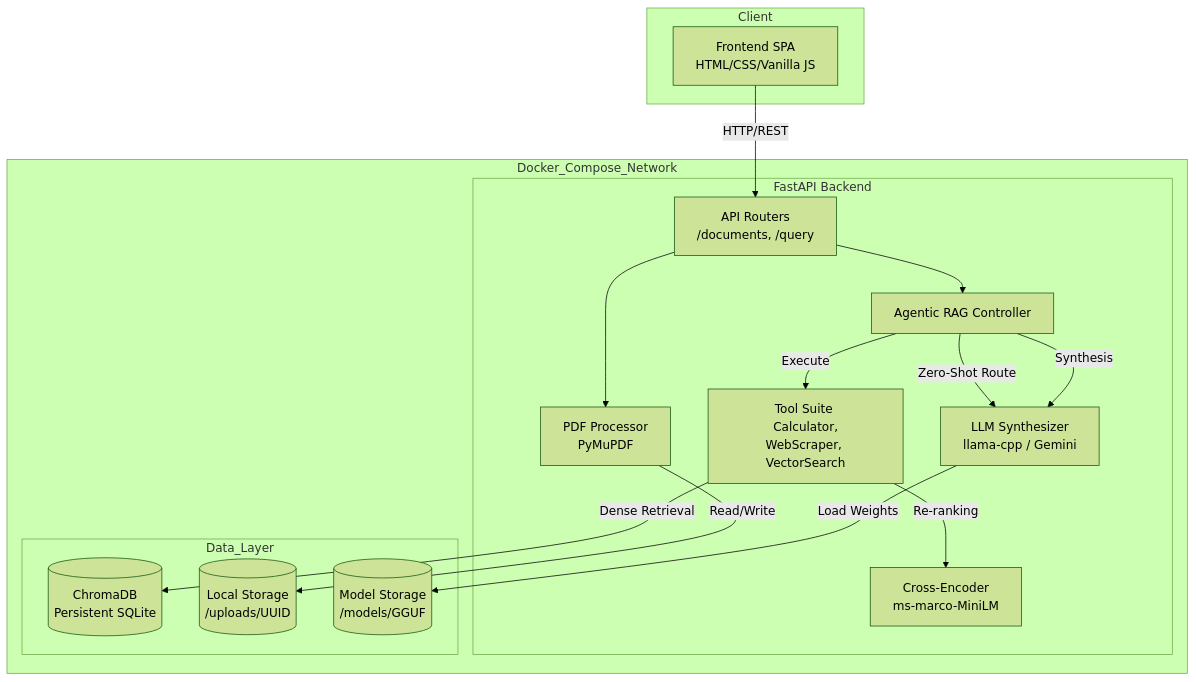
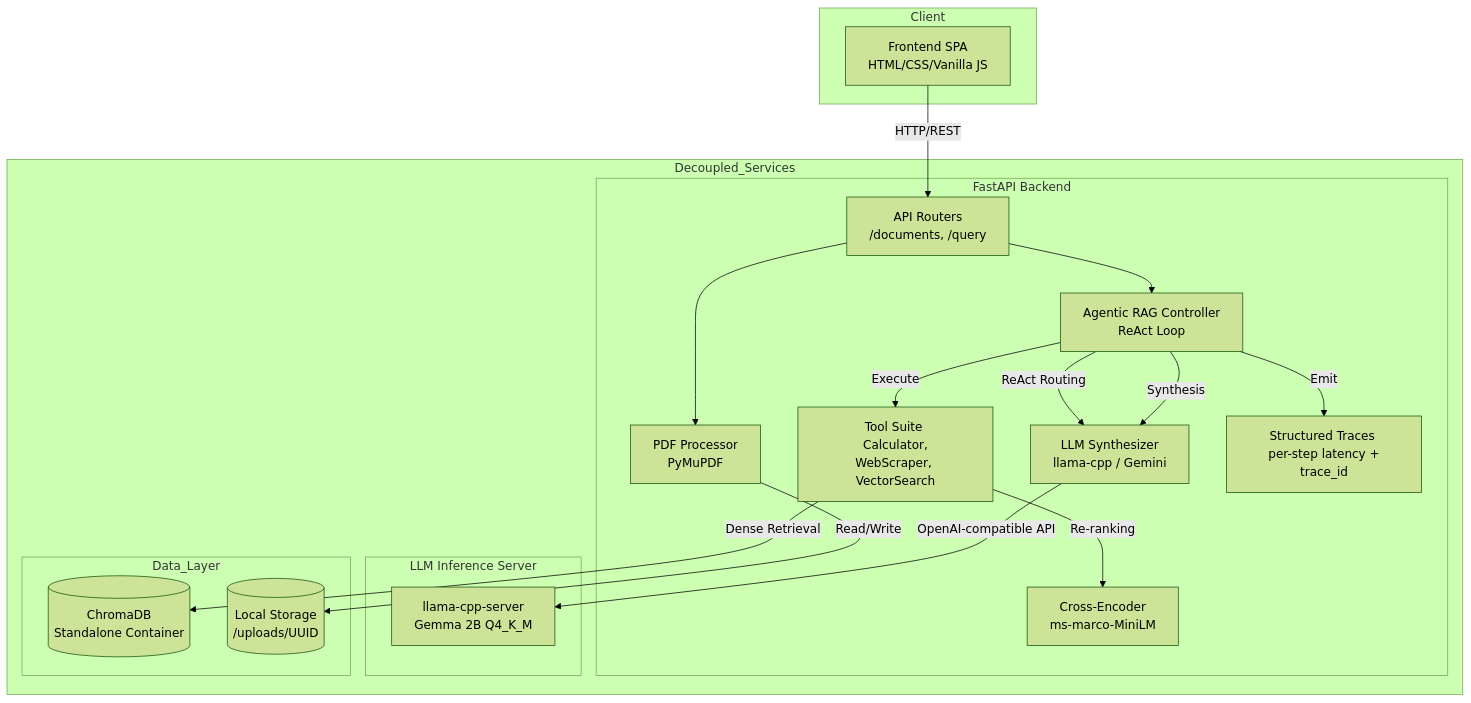
One commit to benny-daniel6/LexAI-Legal-RAG changed the first of 2 diagrams in README.md. Above: the diagram before and after it, drawn with Mermaid (forest theme). The commit also changed other lines of this file and 1 other file, not shown here.

Commit message:
feat: add structured observability tracing, fix all resume red flags, rewrite README

````diff
--- a/README.md
+++ b/README.md
@@ -26,34 +31,39 @@
 ```mermaid
 graph TD
     subgraph Client
         UI[Frontend SPA <br> HTML/CSS/Vanilla JS]
     end
 
-    subgraph Docker_Compose_Network
+    subgraph Decoupled_Services
         subgraph FastAPI_Backend [FastAPI Backend]
             Router[API Routers <br> /documents, /query]
-            Agent[Agentic RAG Controller]
+            Agent[Agentic RAG Controller <br> ReAct Loop]
             Tools[Tool Suite <br> Calculator, WebScraper, VectorSearch]
             Synthesizer[LLM Synthesizer <br> llama-cpp / Gemini]
             CrossEnc[Cross-Encoder <br> ms-marco-MiniLM]
             PDFProc[PDF Processor <br> PyMuPDF]
+            Observability[Structured Traces <br> per-step latency + trace_id]
         end
         
+        subgraph Inference_Server [LLM Inference Server]
+            LLM[llama-cpp-server <br> Gemma 2B Q4_K_M]
+        end
+
         subgraph Data_Layer
-            VectorDB[(ChromaDB <br> Persistent SQLite)]
+            VectorDB[(ChromaDB <br> Standalone Container)]
             FileSystem[(Local Storage <br> /uploads/UUID)]
-            ModelRegistry[(Model Storage <br> /models/GGUF)]
         end
     end
 
     UI -- HTTP/REST --> Router
     Router --> Agent
-    Agent -- Zero-Shot Route --> Synthesizer
+    Agent -- ReAct Routing --> Synthesizer
+    Synthesizer -- OpenAI-compatible API --> LLM
     Agent -- Execute --> Tools
     Tools -- Dense Retrieval --> VectorDB
     Tools -- Re-ranking --> CrossEnc
     Agent -- Synthesis --> Synthesizer
+    Agent -- Emit --> Observability
     Router --> PDFProc
     PDFProc -- Read/Write --> FileSystem
-    Synthesizer -- Load Weights --> ModelRegistry
 ```
````
